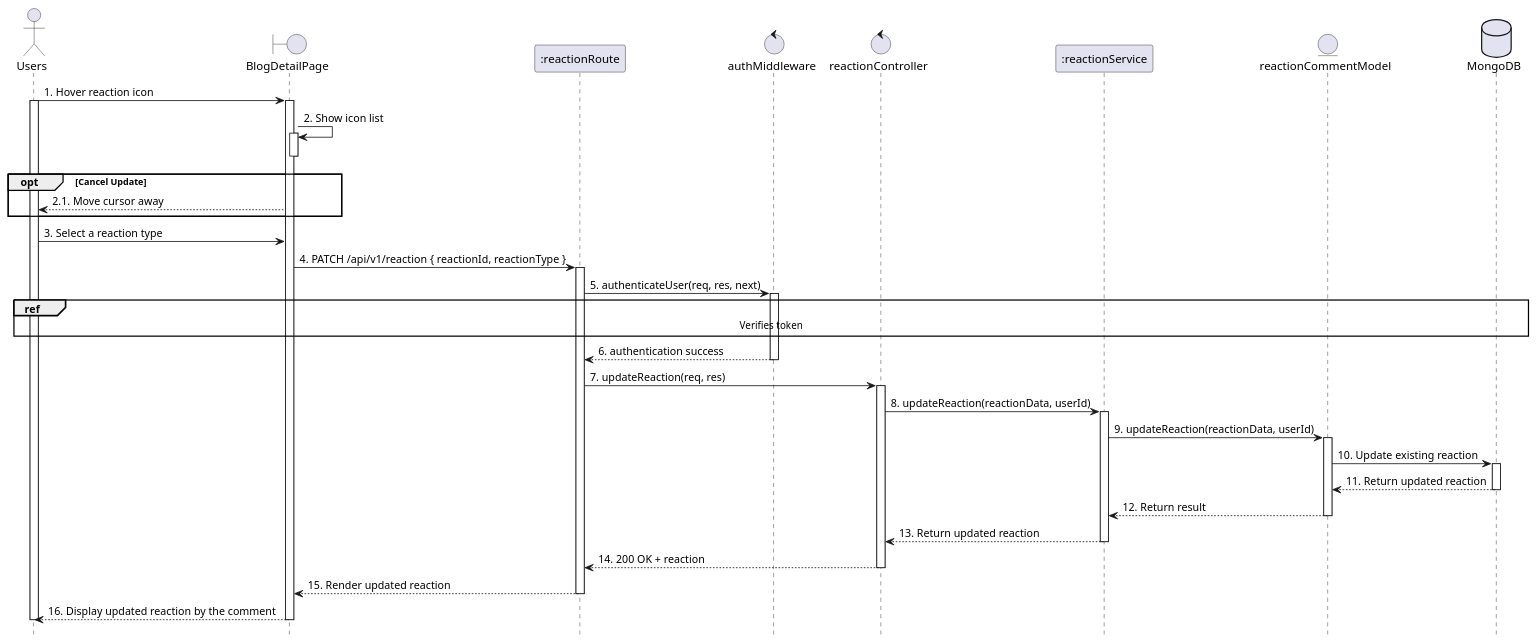
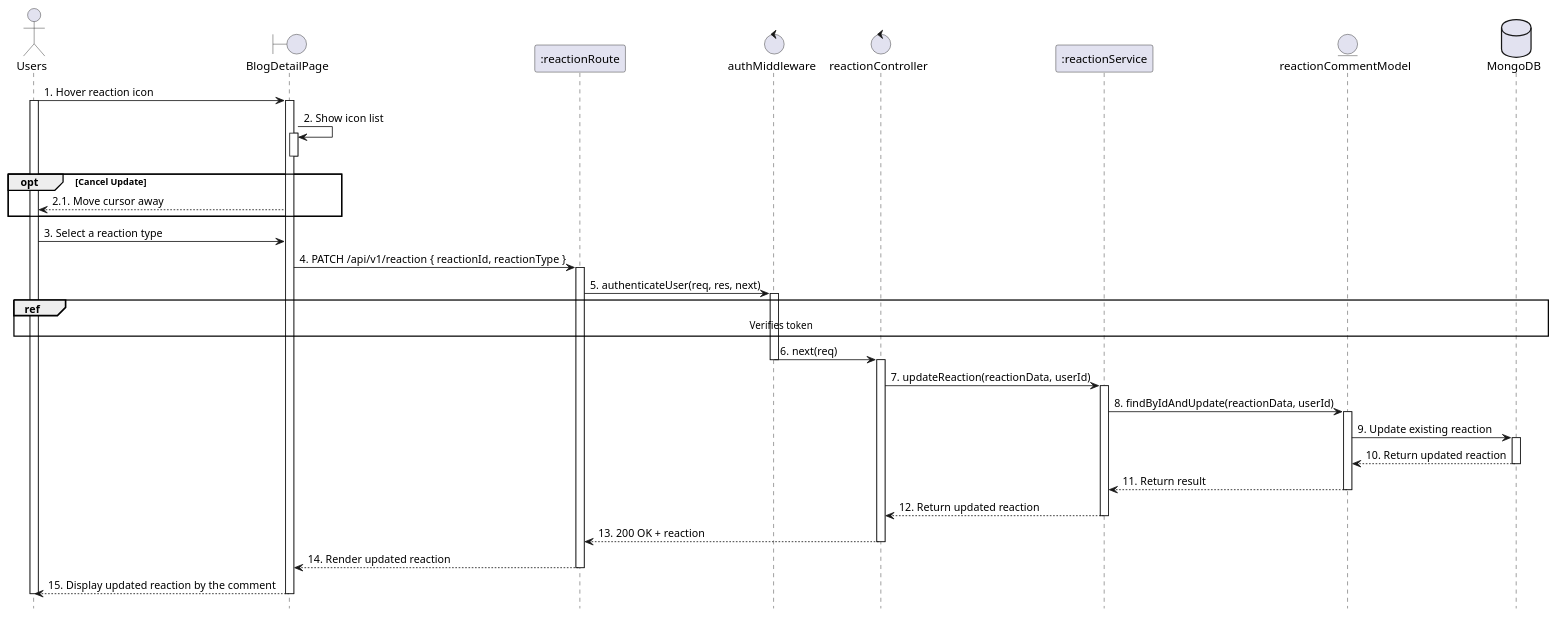
Before and after one commit to VietDurian/VietDurian: the diagram in planuml/web/20.3_updateReaction.puml, drawn with PlantUML. The commit also changed 18 other files, not shown here.

```diff
--- a/planuml/web/20.3_updateReaction.puml
+++ b/planuml/web/20.3_updateReaction.puml
@@ -1,65 +1,65 @@
 @startuml UpdateReaction
 
 actor User as "Users"
 boundary "BlogDetailPage" as View 
 participant ":reactionRoute" as Route 
 control "authMiddleware" as Auth 
 control "reactionController" as Controller 
 participant ":reactionService" as Service 
 entity "reactionCommentModel" as Model
 database "MongoDB" as MongoDB 
 hide footbox
 
     User -> View: 1. Hover reaction icon
     activate User
     activate View
 
     View -> View: 2. Show icon list
     activate View
     deactivate View
 
     opt Cancel Update
         View --> User: 2.1. Move cursor away
     end
 
     User -> View: 3. Select a reaction type
 
     View -> Route: 4. PATCH /api/v1/reaction { reactionId, reactionType }
     activate Route
     Route -> Auth: 5. authenticateUser(req, res, next)
     activate Auth
     ref over User, MongoDB : Verifies token
-    Auth --> Route: 6. authentication success
+
+    Auth -> Controller: 6. next(req)
     deactivate Auth
-
-    Route -> Controller: 7. updateReaction(req, res)
     activate Controller
 
-    Controller -> Service: 8. updateReaction(reactionData, userId)
+    Controller -> Service: 7. updateReaction(reactionData, userId)
+
     activate Service
 
-    Service -> Model: 9. updateReaction(reactionData, userId)
+    Service -> Model: 8. findByIdAndUpdate(reactionData, userId)
     activate Model
 
-    Model -> MongoDB: 10. Update existing reaction
+    Model -> MongoDB: 9. Update existing reaction
     activate MongoDB
-    MongoDB --> Model: 11. Return updated reaction
+    MongoDB --> Model: 10. Return updated reaction
     deactivate MongoDB
 
-    Model --> Service: 12. Return result
+    Model --> Service: 11. Return result
     deactivate Model
 
-    Service --> Controller: 13. Return updated reaction
+    Service --> Controller: 12. Return updated reaction
     deactivate Service
 
-    Controller --> Route: 14. 200 OK + reaction
+    Controller --> Route: 13. 200 OK + reaction
     deactivate Controller
 
-    Route --> View: 15. Render updated reaction
+    Route --> View: 14. Render updated reaction
     deactivate Route
 
-    View --> User: 16. Display updated reaction by the comment
+    View --> User: 15. Display updated reaction by the comment
     deactivate View
     deactivate User
 
 @enduml
```
